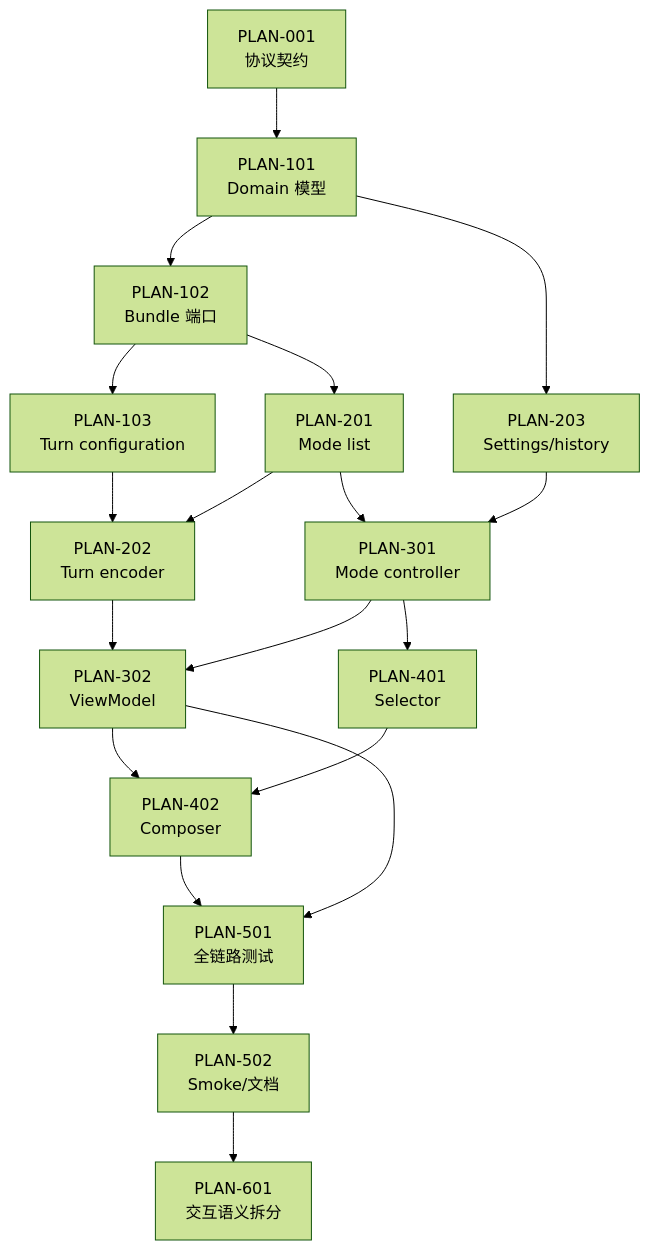
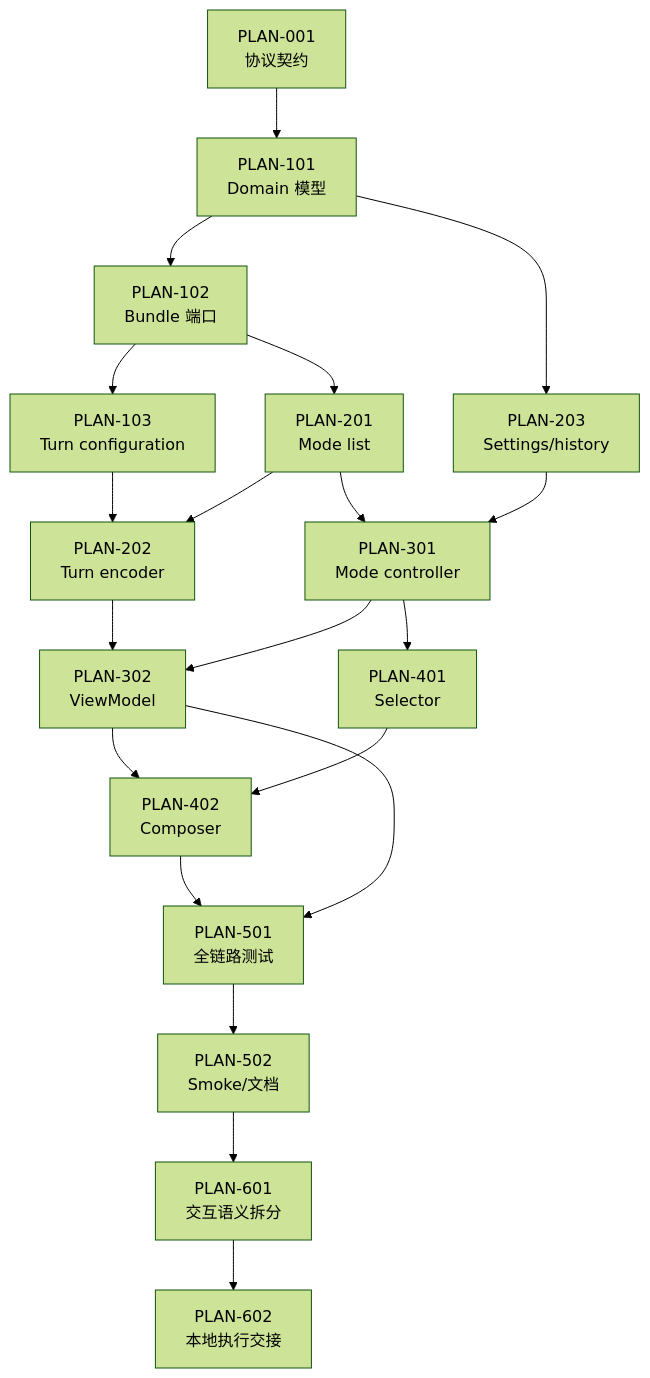
Before and after one commit to linpeilie/zeta: the second of 2 diagrams in plan/Plan_模式适配详细设计与开发任务.md, drawn with Mermaid (forest theme). The commit also changed other lines of this file and 15 other files, not shown here.

````diff
--- a/plan/Plan_模式适配详细设计与开发任务.md
+++ b/plan/Plan_模式适配详细设计与开发任务.md
@@ -1809,36 +1863,38 @@
 ```mermaid
 flowchart TD
     P001["PLAN-001<br/>协议契约"]
     P101["PLAN-101<br/>Domain 模型"]
     P102["PLAN-102<br/>Bundle 端口"]
     P103["PLAN-103<br/>Turn configuration"]
     P201["PLAN-201<br/>Mode list"]
     P202["PLAN-202<br/>Turn encoder"]
     P203["PLAN-203<br/>Settings/history"]
     P301["PLAN-301<br/>Mode controller"]
     P302["PLAN-302<br/>ViewModel"]
     P401["PLAN-401<br/>Selector"]
     P402["PLAN-402<br/>Composer"]
     P501["PLAN-501<br/>全链路测试"]
     P502["PLAN-502<br/>Smoke/文档"]
     P601["PLAN-601<br/>交互语义拆分"]
+    P602["PLAN-602<br/>本地执行交接"]
 
     P001 --> P101
     P101 --> P102
     P101 --> P203
     P102 --> P103
     P102 --> P201
     P103 --> P202
     P201 --> P202
     P201 --> P301
     P203 --> P301
     P202 --> P302
     P301 --> P302
     P301 --> P401
     P302 --> P402
     P401 --> P402
     P402 --> P501
     P302 --> P501
     P501 --> P502
     P502 --> P601
+    P601 --> P602
 ```
````
